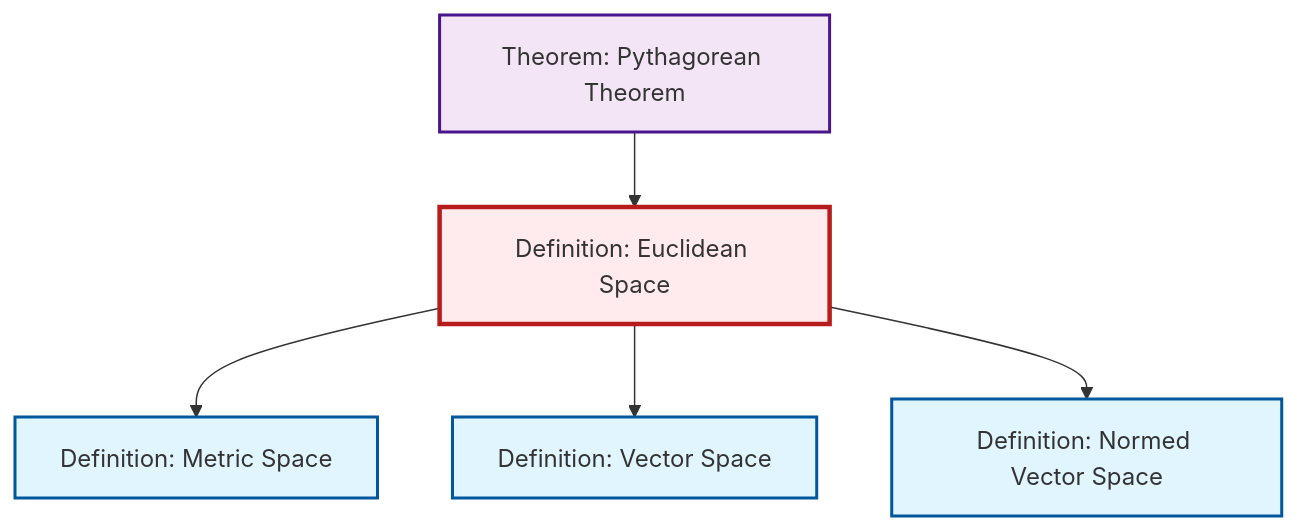
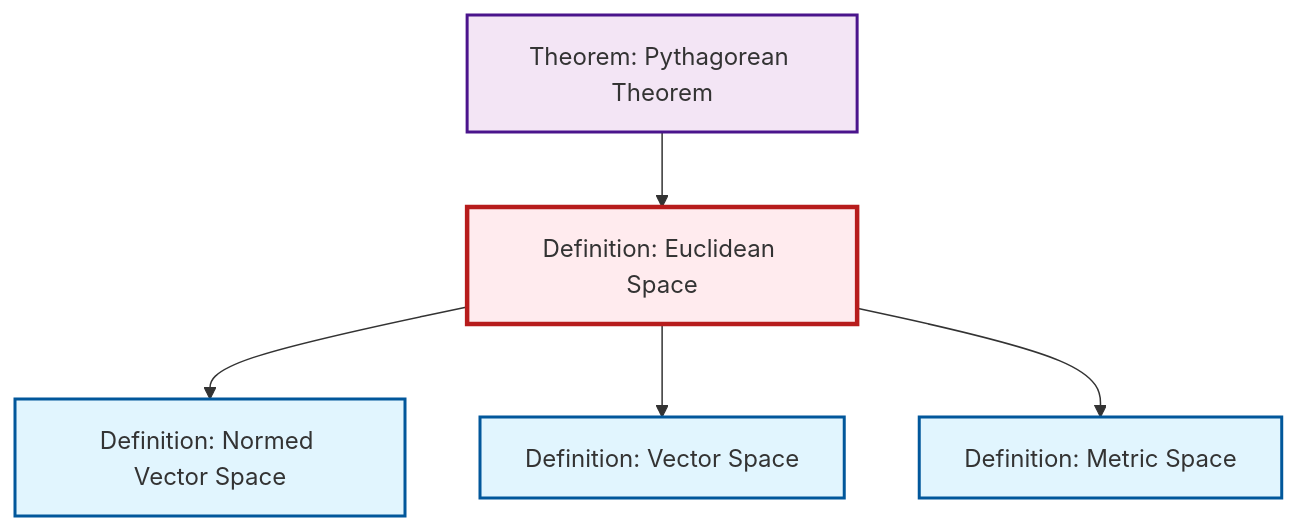
One commit to RK0429/ModernMath changed the second of 2 diagrams in content/ja/geometry/def-euclidean-space.qmd. Above: the diagram before and after it, drawn with Mermaid. The commit also changed other lines of this file and 597 other files, not shown here.

````diff
--- a/content/ja/geometry/def-euclidean-space.qmd
+++ b/content/ja/geometry/def-euclidean-space.qmd
@@ -70,23 +70,23 @@
 ```{mermaid}
 %%| fig-cap: "Local dependency graph"
 graph TD
     classDef definition fill:#e1f5fe,stroke:#01579b,stroke-width:2px
     classDef theorem fill:#f3e5f5,stroke:#4a148c,stroke-width:2px
     classDef axiom fill:#fff3e0,stroke:#e65100,stroke-width:2px
     classDef example fill:#e8f5e9,stroke:#1b5e20,stroke-width:2px
     classDef current fill:#ffebee,stroke:#b71c1c,stroke-width:3px
+    def-euclidean-space["Definition: Euclidean Space"]:::definition
     def-vector-space["Definition: Vector Space"]:::definition
+    thm-pythagorean["Theorem: Pythagorean Theorem"]:::theorem
+    def-metric-space["Definition: Metric Space"]:::definition
     def-normed-vector-space["Definition: Normed Vector Space"]:::definition
-    def-euclidean-space["Definition: Euclidean Space"]:::definition
-    def-metric-space["Definition: Metric Space"]:::definition
-    thm-pythagorean["Theorem: Pythagorean Theorem"]:::theorem
+    thm-pythagorean --> def-euclidean-space
+    def-euclidean-space --> def-normed-vector-space
+    def-euclidean-space --> def-vector-space
     def-euclidean-space --> def-metric-space
-    thm-pythagorean --> def-euclidean-space
-    def-euclidean-space --> def-vector-space
-    def-euclidean-space --> def-normed-vector-space
     class def-euclidean-space current
     click def-vector-space "def-vector-space.html" "Definition: Vector Spaceへ"
+    click thm-pythagorean "thm-pythagorean.html" "Theorem: Pythagorean Theoremへ"
+    click def-metric-space "def-metric-space.html" "Definition: Metric Spaceへ"
     click def-normed-vector-space "def-normed-vector-space.html" "Definition: Normed Vector Spaceへ"
-    click def-metric-space "def-metric-space.html" "Definition: Metric Spaceへ"
-    click thm-pythagorean "thm-pythagorean.html" "Theorem: Pythagorean Theoremへ"
 ```
````
